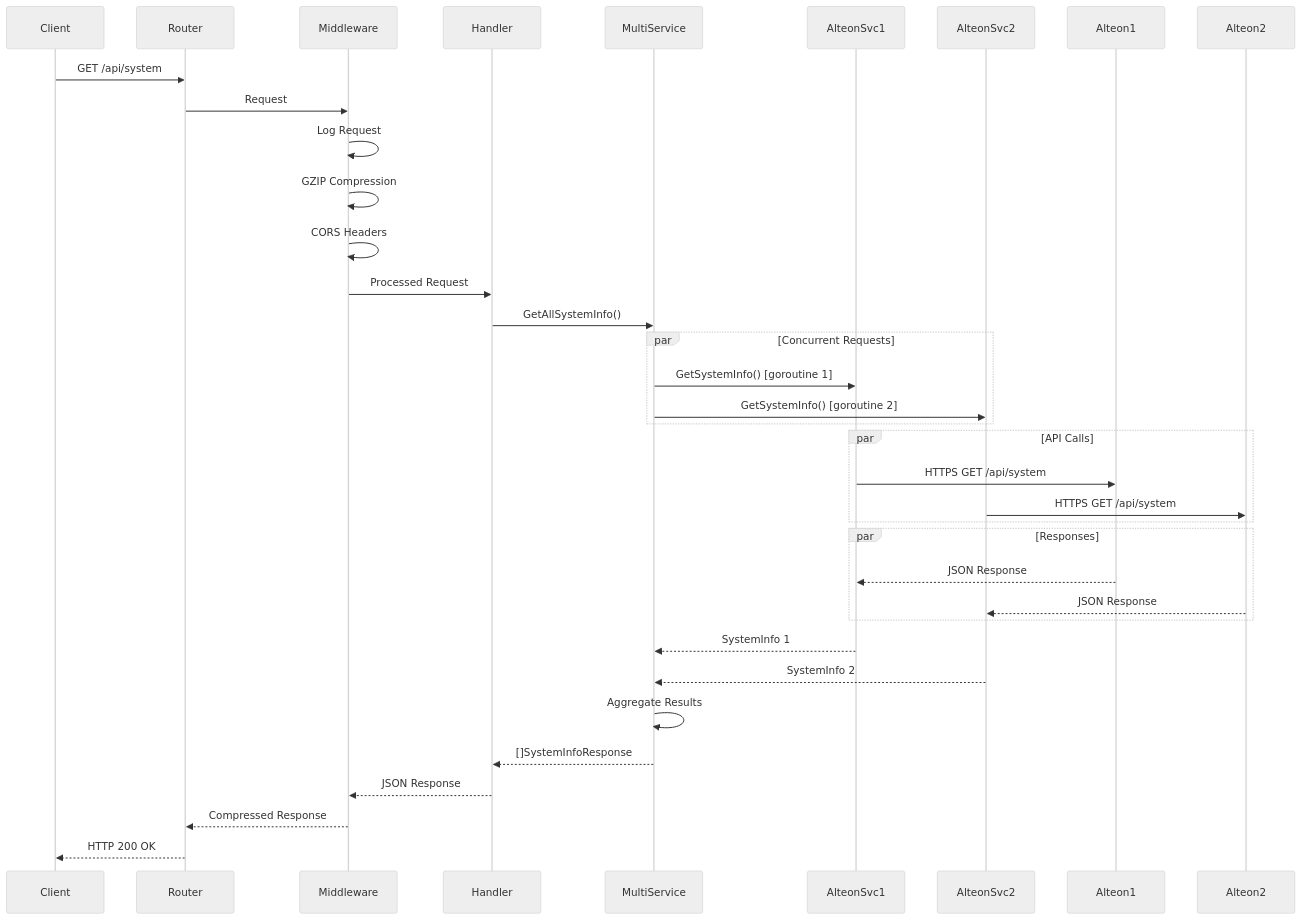
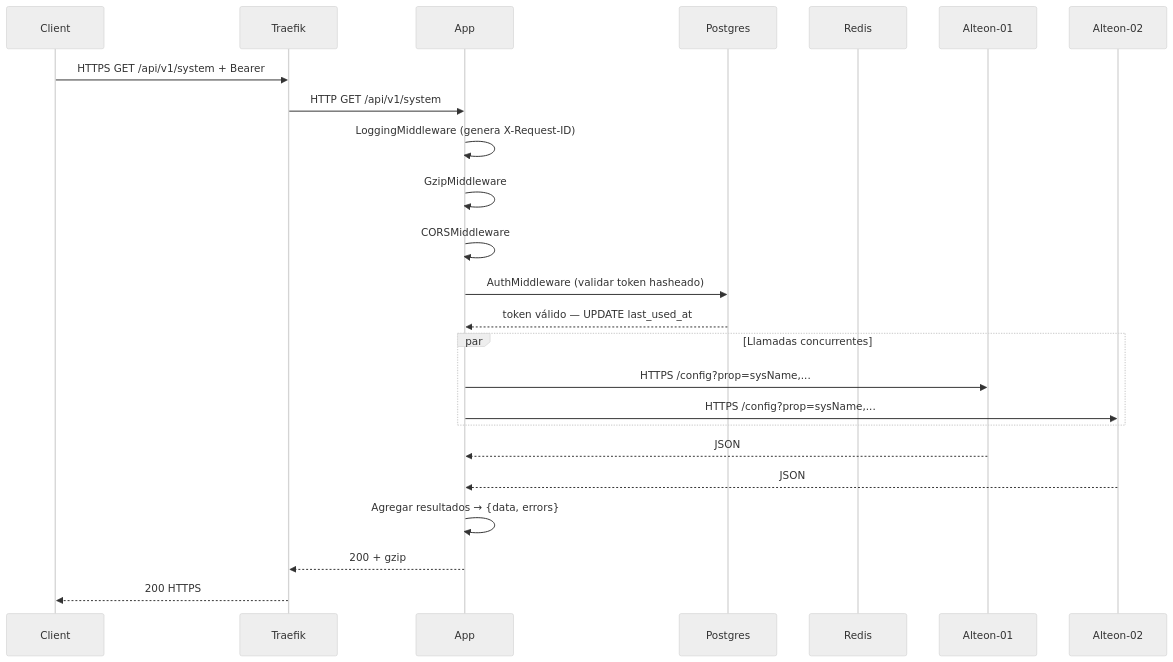
Before and after one commit to cloudfactorybo/Radware_Alteon_api: the second of 4 diagrams in README.md, drawn with Mermaid (neutral theme). The commit also changed other lines of this file, not shown here.

````diff
--- a/README.md
+++ b/README.md
@@ -525,44 +594,30 @@
 ```mermaid
 sequenceDiagram
     participant Client
-    participant Router
-    participant Middleware
-    participant Handler
-    participant MultiService
-    participant AlteonSvc1
-    participant AlteonSvc2
-    participant Alteon1
-    participant Alteon2
-    
-    Client->>Router: GET /api/system
-    Router->>Middleware: Request
-    Middleware->>Middleware: Log Request
-    Middleware->>Middleware: GZIP Compression
-    Middleware->>Middleware: CORS Headers
-    Middleware->>Handler: Processed Request
-    Handler->>MultiService: GetAllSystemInfo()
-    
-    par Concurrent Requests
-        MultiService->>AlteonSvc1: GetSystemInfo() [goroutine 1]
-        MultiService->>AlteonSvc2: GetSystemInfo() [goroutine 2]
+    participant Traefik
+    participant App
+    participant DB as Postgres
+    participant Cache as Redis
+    participant A1 as Alteon-01
+    participant A2 as Alteon-02
+
+    Client->>Traefik: HTTPS GET /api/v1/system + Bearer
+    Traefik->>App: HTTP GET /api/v1/system
+    App->>App: LoggingMiddleware (genera X-Request-ID)
+    App->>App: GzipMiddleware
+    App->>App: CORSMiddleware
+    App->>DB: AuthMiddleware (validar token hasheado)
+    DB-->>App: token válido — UPDATE last_used_at
+
+    par Llamadas concurrentes
+        App->>A1: HTTPS /config?prop=sysName,...
+        App->>A2: HTTPS /config?prop=sysName,...
     end
-    
-    par API Calls
-        AlteonSvc1->>Alteon1: HTTPS GET /api/system
-        AlteonSvc2->>Alteon2: HTTPS GET /api/system
-    end
-    
-    par Responses
-        Alteon1-->>AlteonSvc1: JSON Response
-        Alteon2-->>AlteonSvc2: JSON Response
-    end
-    
-    AlteonSvc1-->>MultiService: SystemInfo 1
-    AlteonSvc2-->>MultiService: SystemInfo 2
-    
-    MultiService->>MultiService: Aggregate Results
-    MultiService-->>Handler: []SystemInfoResponse
-    Handler-->>Middleware: JSON Response
-    Middleware-->>Router: Compressed Response
-    Router-->>Client: HTTP 200 OK
+
+    A1-->>App: JSON
+    A2-->>App: JSON
+
+    App->>App: Agregar resultados → {data, errors}
+    App-->>Traefik: 200 + gzip
+    Traefik-->>Client: 200 HTTPS
 ```
````
